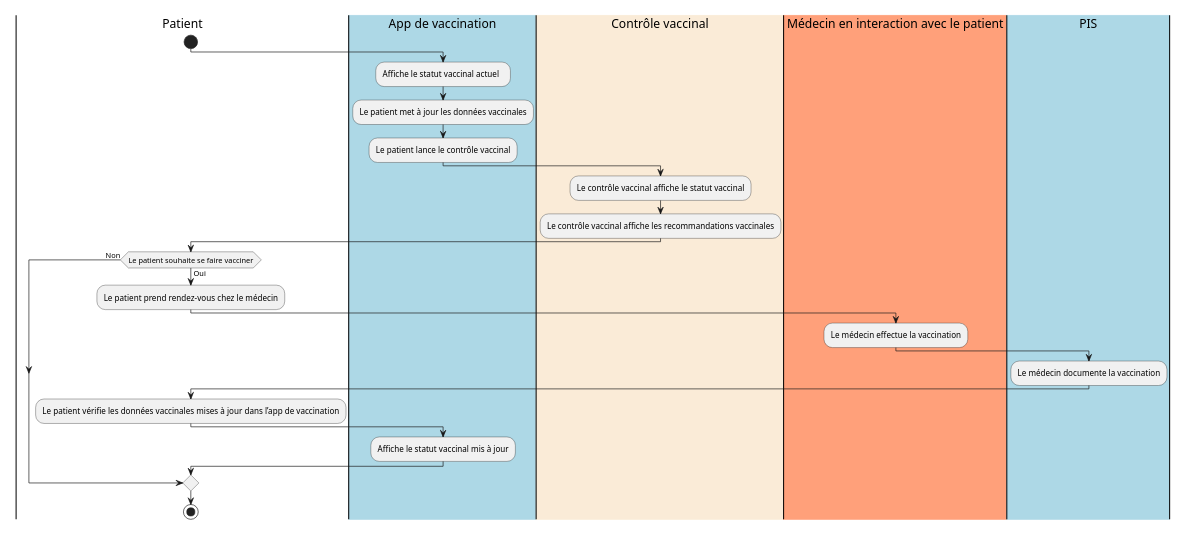
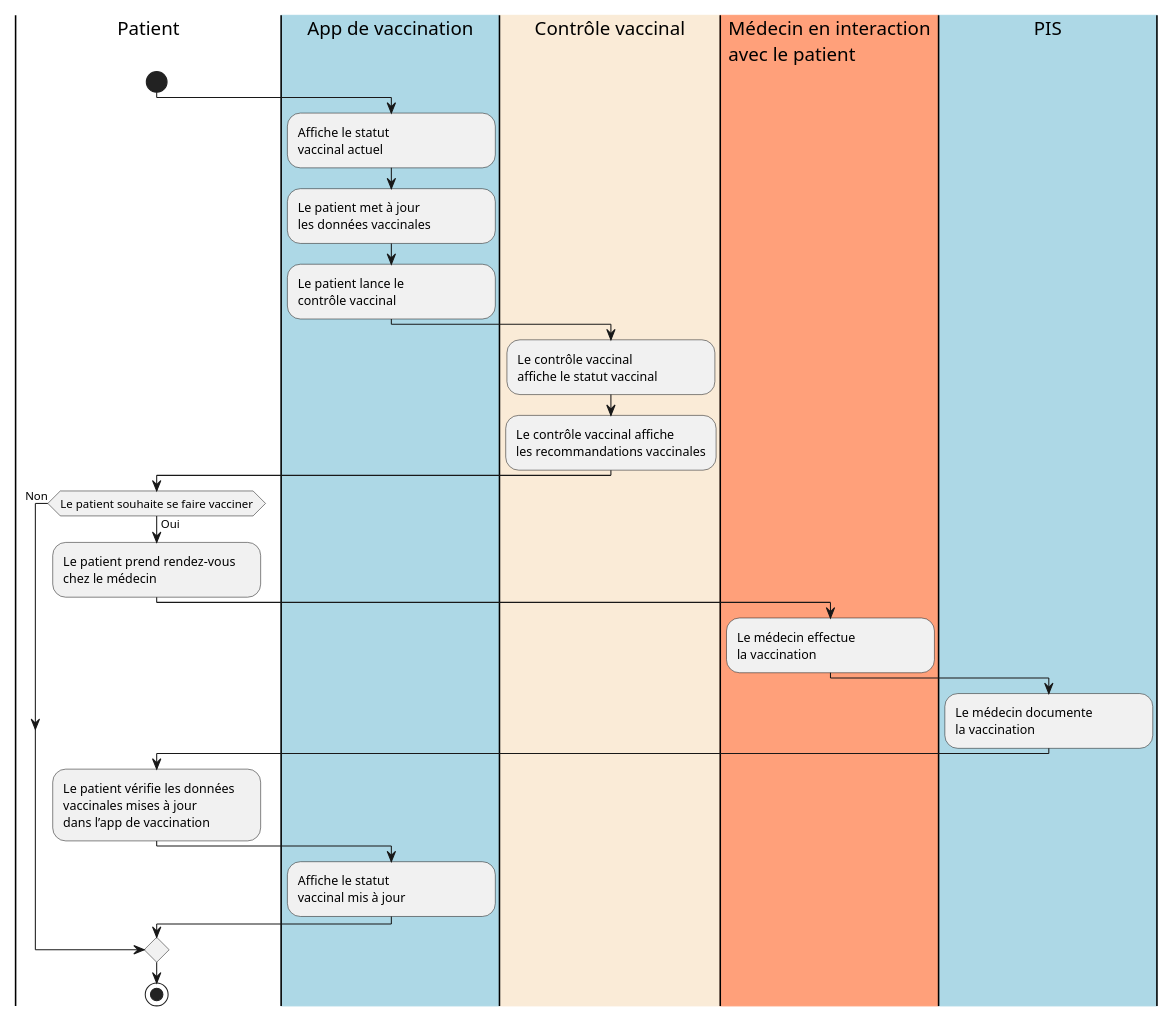
Before and after one commit to hl7ch/ch-vacd: the diagram in input/images-source/use-case-14-impfcheck-patient-fr.plantuml, drawn with PlantUML. The commit also changed 3 other files, not shown here.

Commit message:
genderize the diagrams (#379)

```diff
--- a/input/images-source/use-case-14-impfcheck-patient-fr.plantuml
+++ b/input/images-source/use-case-14-impfcheck-patient-fr.plantuml
@@ -1,35 +1,35 @@
 @startuml
 scale max 800 width
 <style>
 element {MinimumWidth 200}
 </style>
 
 |Patient|
 start
 |#LightBlue|App de vaccination|
-:Affiche le statut vaccinal actuel;
-:Le patient met à jour les données vaccinales;
-:Le patient lance le contrôle vaccinal;
+:Affiche le statut\nvaccinal actuel;
+:Le patient met à jour\nles données vaccinales;
+:Le patient lance le\ncontrôle vaccinal;
 
 |#AntiqueWhite|Contrôle vaccinal|
-:Le contrôle vaccinal affiche le statut vaccinal;
-:Le contrôle vaccinal affiche les recommandations vaccinales;
+:Le contrôle vaccinal\naffiche le statut vaccinal;
+:Le contrôle vaccinal affiche\nles recommandations vaccinales;
 
 |Patient|
 if (Le patient souhaite se faire vacciner) then (Oui)
-  :Le patient prend rendez-vous chez le médecin;
-  |#LightSalmon|Médecin en interaction avec le patient|
-  :Le médecin effectue la vaccination;
+  :Le patient prend rendez-vous\nchez le médecin;
+  |#LightSalmon|Médecin en interaction\navec le patient|
+  :Le médecin effectue\nla vaccination;
   |#LightBlue|PIS|
-  :Le médecin documente la vaccination;
+  :Le médecin documente\nla vaccination;
   |Patient|
-  :Le patient vérifie les données vaccinales mises à jour dans l’app de vaccination;
+  :Le patient vérifie les données\nvaccinales mises à jour\ndans l’app de vaccination;
   |App de vaccination|
-  :Affiche le statut vaccinal mis à jour;
+  :Affiche le statut\nvaccinal mis à jour;
 else (Non)
 
 endif
 |Patient|
 stop
 
 @enduml
```
